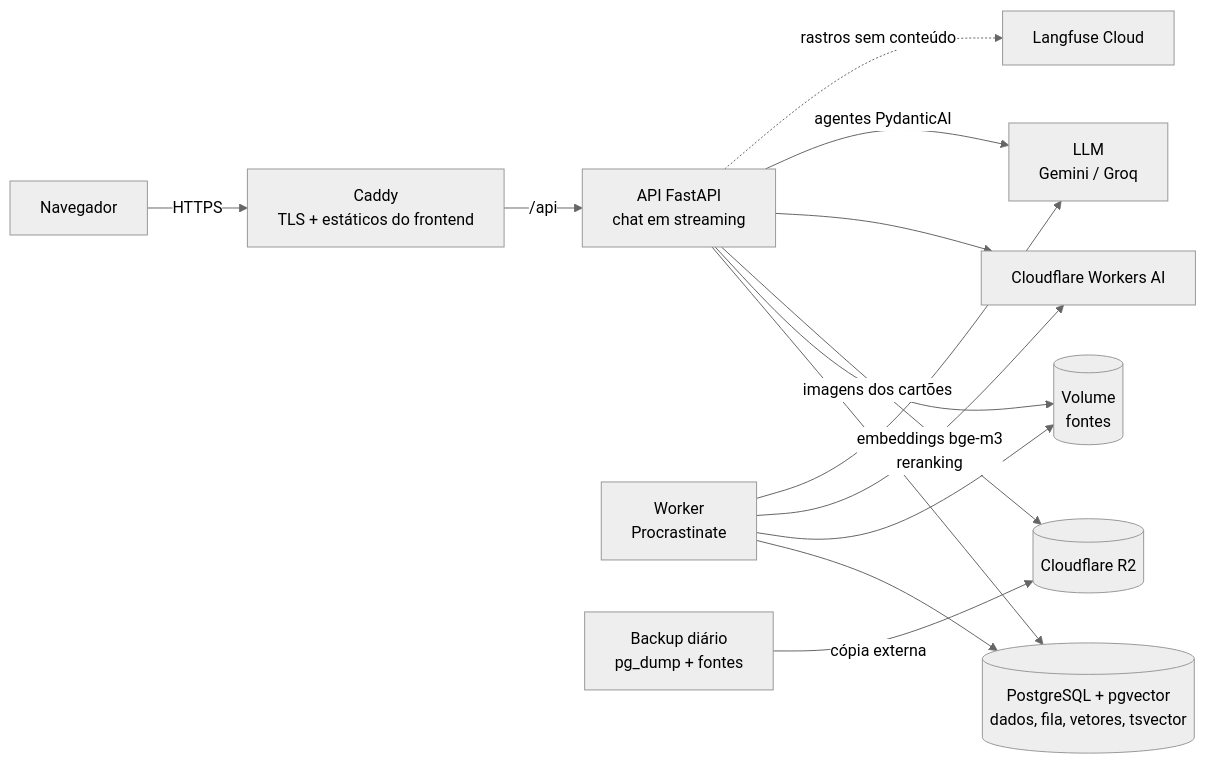
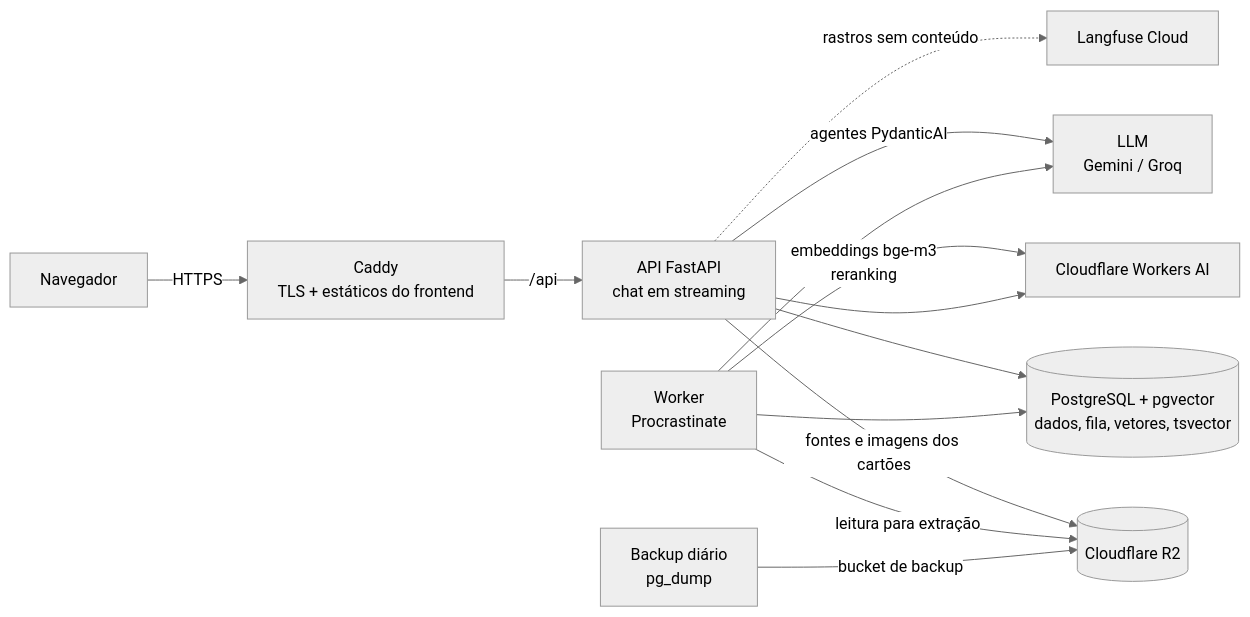
Before and after one commit to AAPW-Systems/plataforma-estudo-gamificada: the second of 2 diagrams in docs/arquitetura/README.md, drawn with Mermaid (neutral theme). The commit also changed other lines of this file and 2 other files, not shown here.

Commit message:
docs(arquitetura): revisa a DTEC 010 para guardar fontes e imagens no R2

````diff
--- a/docs/arquitetura/README.md
+++ b/docs/arquitetura/README.md
@@ -33,16 +33,15 @@
 ```mermaid
 flowchart LR
     U[Navegador] -->|HTTPS| Caddy[Caddy<br/>TLS + estáticos do frontend]
     Caddy -->|/api| API[API FastAPI<br/>chat em streaming]
     API --> PG[(PostgreSQL + pgvector<br/>dados, fila, vetores, tsvector)]
     Worker[Worker<br/>Procrastinate] --> PG
-    API --> Vol[(Volume<br/>fontes)]
-    Worker --> Vol
-    API -->|imagens dos cartões| R2[(Cloudflare R2)]
+    API -->|fontes e imagens dos cartões| R2[(Cloudflare R2)]
+    Worker -->|leitura para extração| R2
     Worker -->|embeddings bge-m3<br/>reranking| CF[Cloudflare Workers AI]
     API --> CF
     API -->|agentes PydanticAI| LLM[LLM<br/>Gemini / Groq]
     Worker --> LLM
     API -.->|rastros sem conteúdo| LF[Langfuse Cloud]
-    Backup[Backup diário<br/>pg_dump + fontes] -->|cópia externa| R2
+    Backup[Backup diário<br/>pg_dump] -->|bucket de backup| R2
 ```
````
